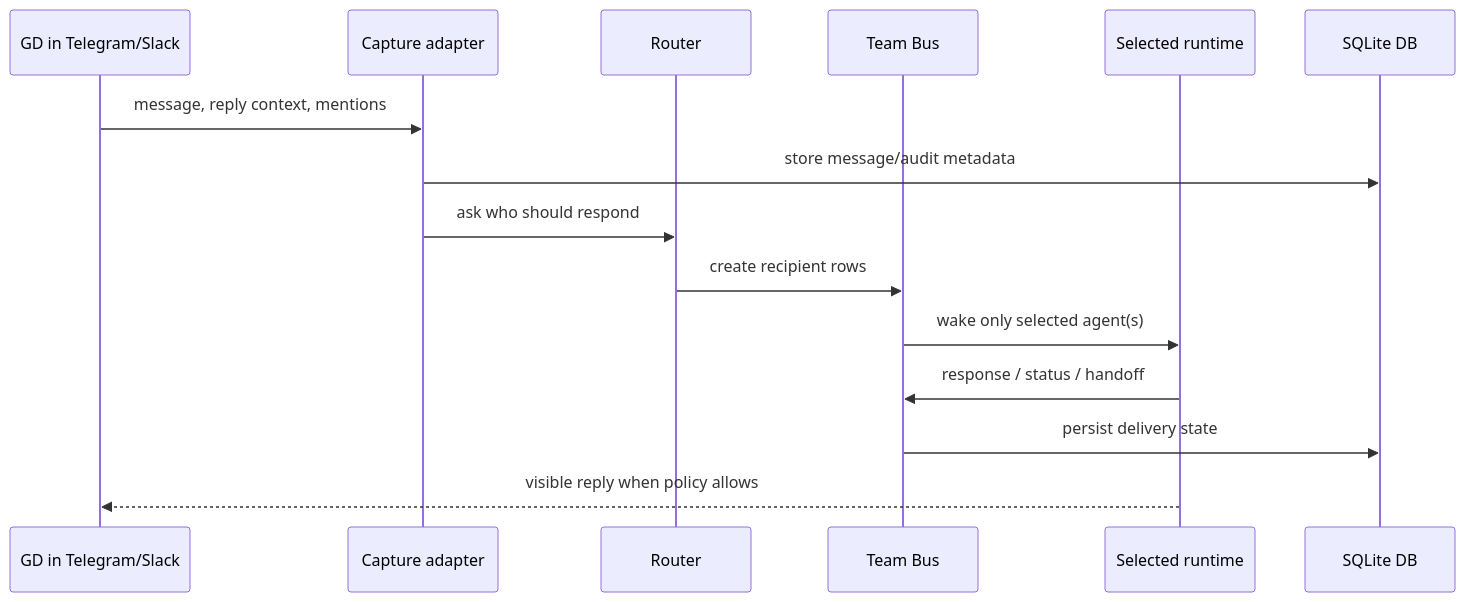
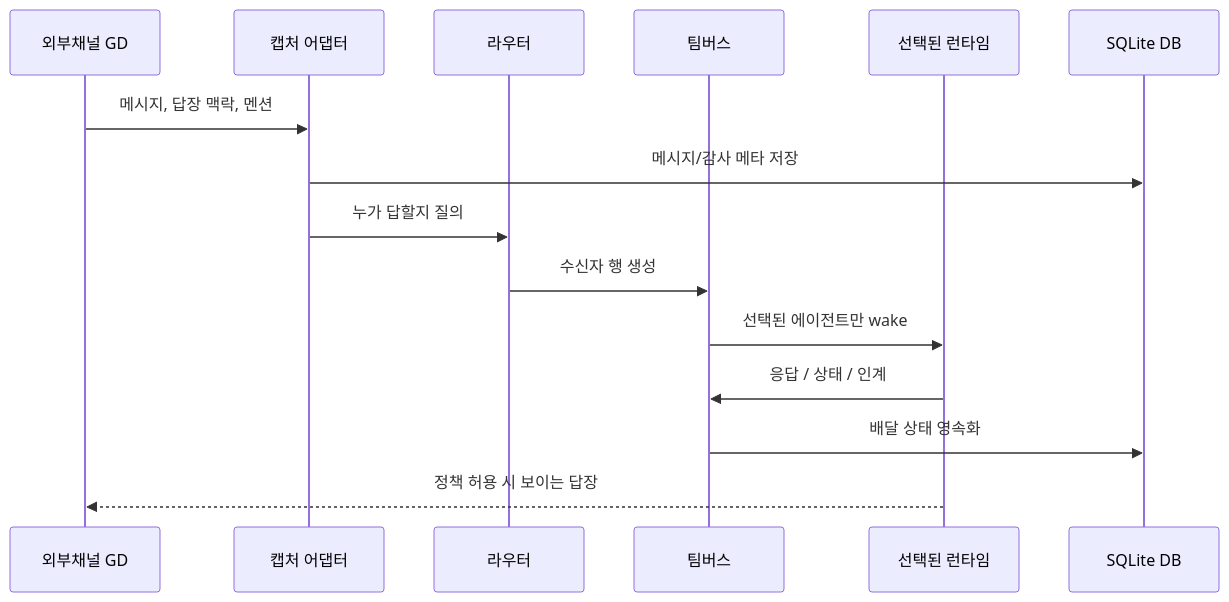
The third of 6 diagrams in docs/COMMUNICATION_FLOW.md (b3rys/b3rys-team-os), drawn with Mermaid before and after one commit. The commit also changed other lines of this file, not shown here.

First line of the commit message:
docs(comm-flow): 한글화 + mermaid 파싱에러 수정 (#31)

````diff
--- a/docs/COMMUNICATION_FLOW.md
+++ b/docs/COMMUNICATION_FLOW.md
@@ -127,17 +129,17 @@
 ```mermaid
 sequenceDiagram
-  participant GD as GD in Telegram/Slack
-  participant Capture as Capture adapter
-  participant Router as Router
-  participant Bus as Team Bus
-  participant Runtime as Selected runtime
+  participant GD as 외부채널 GD
+  participant Capture as 캡처 어댑터
+  participant Router as 라우터
+  participant Bus as 팀버스
+  participant Runtime as 선택된 런타임
   participant DB as SQLite DB
-  GD->>Capture: message, reply context, mentions
-  Capture->>DB: store message/audit metadata
-  Capture->>Router: ask who should respond
-  Router->>Bus: create recipient rows
-  Bus->>Runtime: wake only selected agent(s)
-  Runtime->>Bus: response / status / handoff
-  Bus->>DB: persist delivery state
-  Runtime-->>GD: visible reply when policy allows
+  GD->>Capture: 메시지, 답장 맥락, 멘션
+  Capture->>DB: 메시지/감사 메타 저장
+  Capture->>Router: 누가 답할지 질의
+  Router->>Bus: 수신자 행 생성
+  Bus->>Runtime: 선택된 에이전트만 wake
+  Runtime->>Bus: 응답 / 상태 / 인계
+  Bus->>DB: 배달 상태 영속화
+  Runtime-->>GD: 정책 허용 시 보이는 답장
 ```
````
